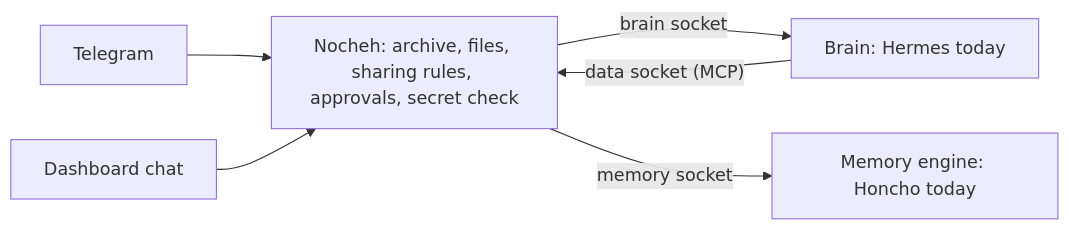
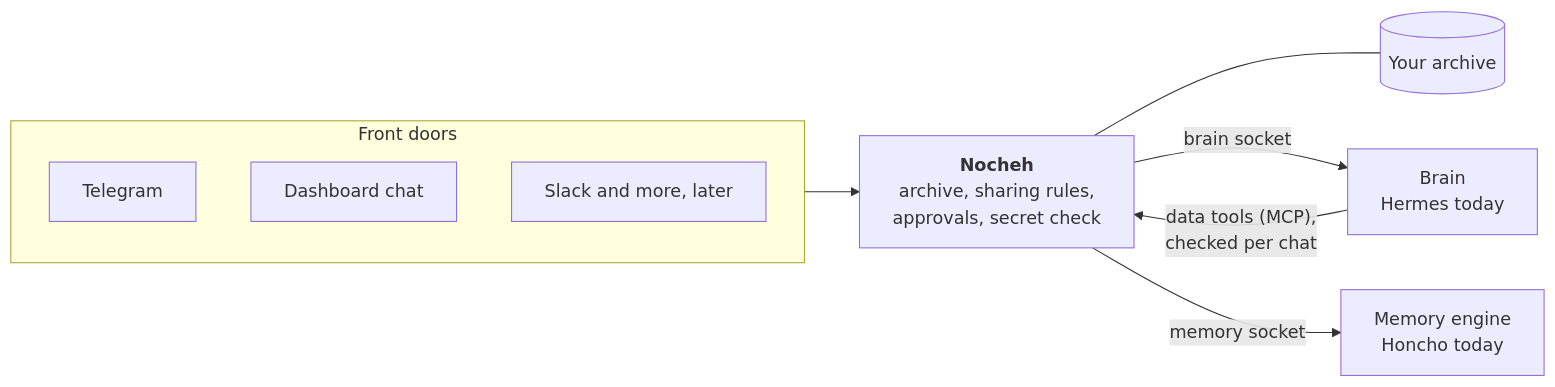
Before and after one commit to PlaygrndLabs/nocheh: the first of 3 diagrams in README.md, drawn with Mermaid. The commit also changed other lines of this file and 2 other files, not shown here.

First line of the commit message:
docs(readme): cut to diagrams and quick start, move details to docs

````diff
--- a/README.md
+++ b/README.md
@@ -22,9 +14,13 @@
 ```mermaid
 flowchart LR
-  TG["Telegram"] --> CORE
-  WEB["Dashboard chat"] --> CORE
-  CORE["Nocheh: archive, files, sharing rules, approvals, secret check"]
-  CORE -- "brain socket" --> BRAIN["Brain: Hermes today"]
-  BRAIN -- "data socket (MCP)" --> CORE
-  CORE -- "memory socket" --> MEM["Memory engine: Honcho today"]
+  subgraph doors["Front doors"]
+    TG["Telegram"]
+    WEB["Dashboard chat"]
+    NEXT["Slack and more, later"]
+  end
+  doors --> CORE["<b>Nocheh</b><br/>archive, sharing rules,<br/>approvals, secret check"]
+  CORE --- ARCH[("Your archive")]
+  CORE -- "brain socket" --> BRAIN["Brain<br/>Hermes today"]
+  BRAIN -- "data tools (MCP),<br/>checked per chat" --> CORE
+  CORE -- "memory socket" --> MEM["Memory engine<br/>Honcho today"]
 ```
````
